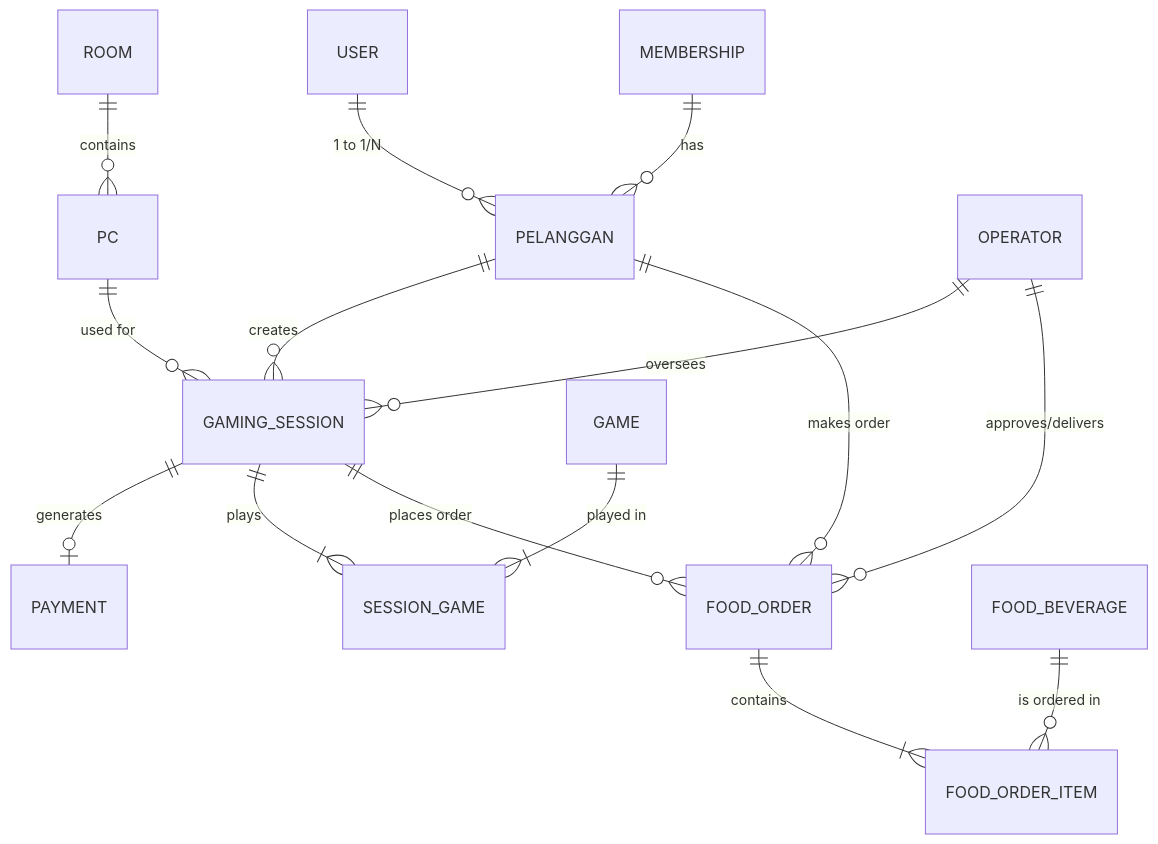
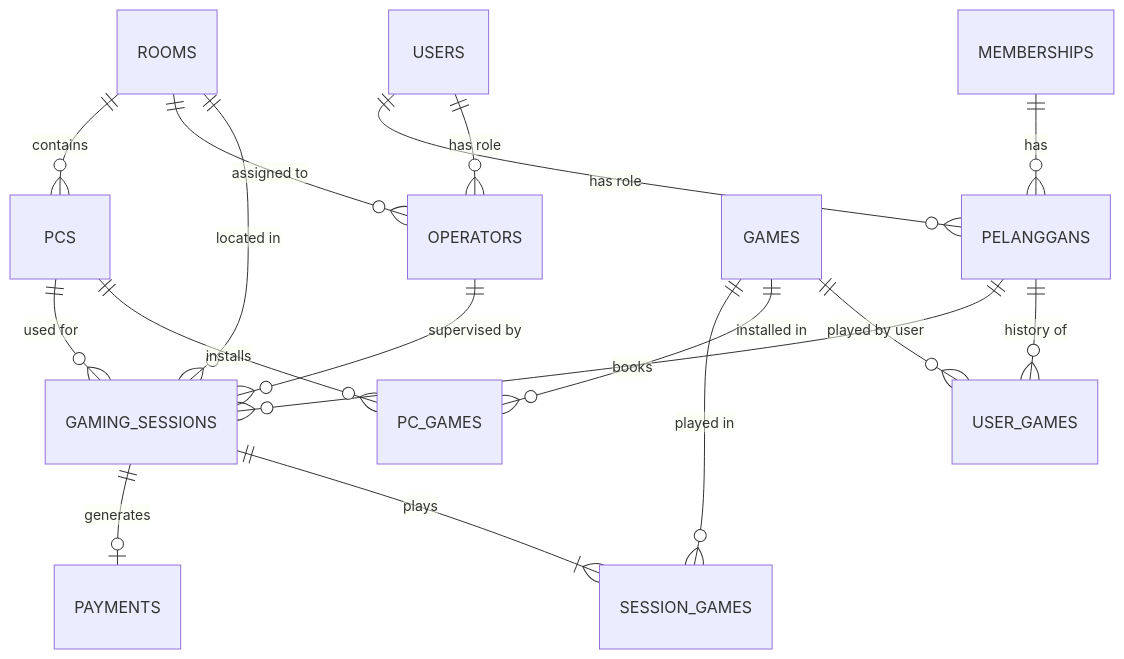
Before and after one commit to 1412240028/WarnetGaming: the diagram in LAPORAN_UAS.md, drawn with Mermaid. The commit also changed other lines of this file and 20 other files, not shown here.

````diff
--- a/LAPORAN_UAS.md
+++ b/LAPORAN_UAS.md
@@ -74,21 +62,23 @@
 ```mermaid
 erDiagram
-    USER ||--o{ PELANGGAN : "1 to 1/N"
-    MEMBERSHIP ||--o{ PELANGGAN : "has"
-    PELANGGAN ||--o{ GAMING_SESSION : "creates"
-    ROOM ||--o{ PC : "contains"
-    PC ||--o{ GAMING_SESSION : "used for"
-    OPERATOR ||--o{ GAMING_SESSION : "oversees"
-    GAMING_SESSION ||--o| PAYMENT : "generates"
+    USERS ||--o{ PELANGGANS : "has role"
+    USERS ||--o{ OPERATORS : "has role"
+    MEMBERSHIPS ||--o{ PELANGGANS : "has"
+    ROOMS ||--o{ PCS : "contains"
+    ROOMS ||--o{ OPERATORS : "assigned to"
     
-    %% Relasi Many-to-Many Original
-    GAMING_SESSION ||--|{ SESSION_GAME : "plays"
-    GAME ||--|{ SESSION_GAME : "played in"
-
-    %% Modul Ekstensi Baru
-    GAMING_SESSION ||--o{ FOOD_ORDER : "places order"
-    PELANGGAN ||--o{ FOOD_ORDER : "makes order"
-    OPERATOR ||--o{ FOOD_ORDER : "approves/delivers"
-    FOOD_ORDER ||--|{ FOOD_ORDER_ITEM : "contains"
-    FOOD_BEVERAGE ||--o{ FOOD_ORDER_ITEM : "is ordered in"
+    PELANGGANS ||--o{ GAMING_SESSIONS : "books"
+    PCS ||--o{ GAMING_SESSIONS : "used for"
+    ROOMS ||--o{ GAMING_SESSIONS : "located in"
+    OPERATORS ||--o{ GAMING_SESSIONS : "supervised by"
+    GAMING_SESSIONS ||--o| PAYMENTS : "generates"
+    
+    GAMING_SESSIONS ||--|{ SESSION_GAMES : "plays"
+    GAMES ||--o{ SESSION_GAMES : "played in"
+    
+    PCS ||--o{ PC_GAMES : "installs"
+    GAMES ||--o{ PC_GAMES : "installed in"
+    
+    PELANGGANS ||--o{ USER_GAMES : "history of"
+    GAMES ||--o{ USER_GAMES : "played by user"
 ```
````
